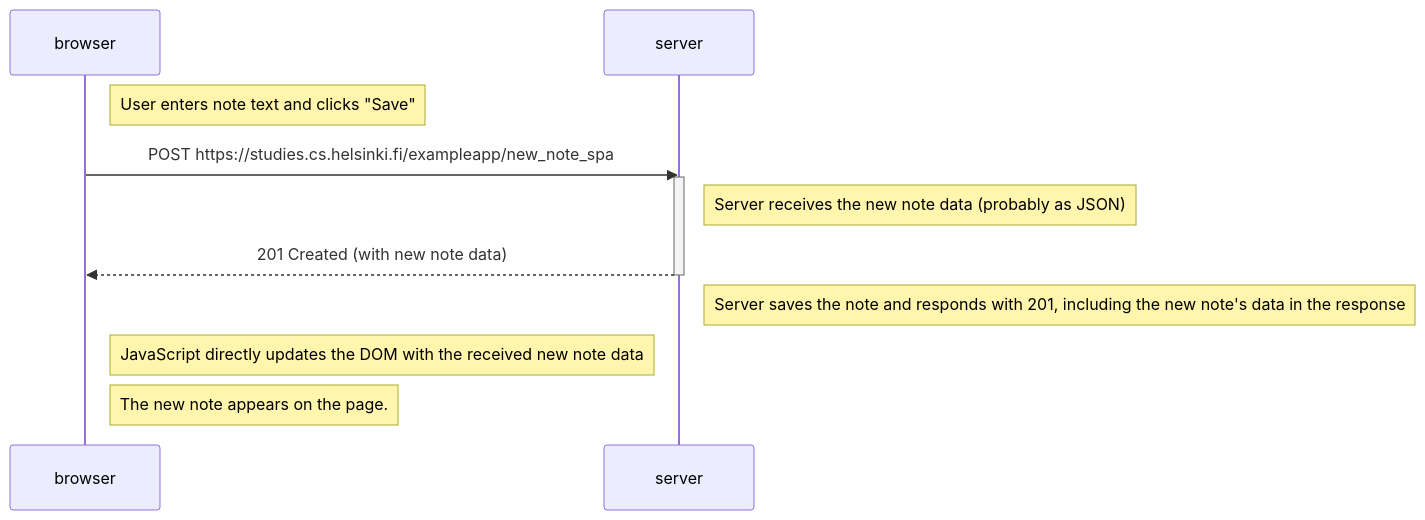
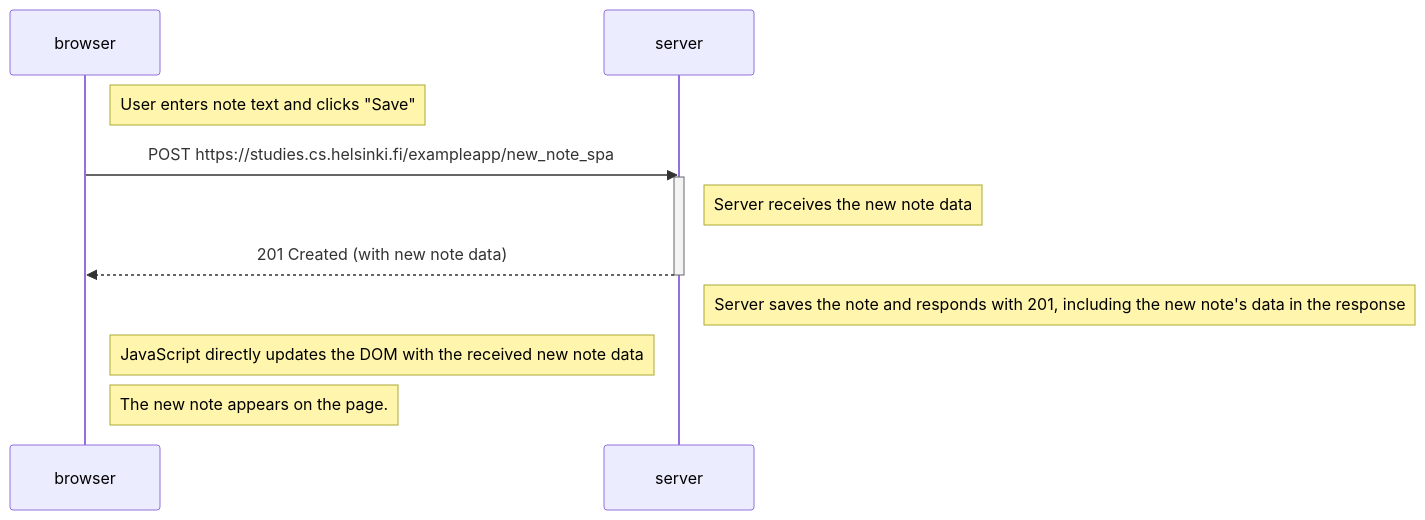
The diagram in part0/Exercises 0.1-0.6/0.6 New note in Single page app diagram.md (ephemeral172/FullStackOpen), drawn with Mermaid before and after one commit.

Commit message:
Update 0.6 New note in Single page app diagram.md

````diff
--- a/part0/Exercises 0.1-0.6/0.6 New note in Single page app diagram.md
+++ b/part0/Exercises 0.1-0.6/0.6 New note in Single page app diagram.md
@@ -3,27 +3,27 @@
 ```mermaid
 
 sequenceDiagram
 
     participant browser
 
     participant server
 
     Note right of browser: User enters note text and clicks "Save"
 
     browser->>server: POST https://studies.cs.helsinki.fi/exampleapp/new_note_spa
 
     activate server
 
-    Note right of server: Server receives the new note data (probably as JSON)
+    Note right of server: Server receives the new note data
 
     server-->>browser: 201 Created (with new note data)
 
     deactivate server
 
     Note right of server: Server saves the note and responds with 201, including the new note's data in the response
 
     Note right of browser: JavaScript directly updates the DOM with the received new note data
 
     Note right of browser: The new note appears on the page.
 
 ```
````
